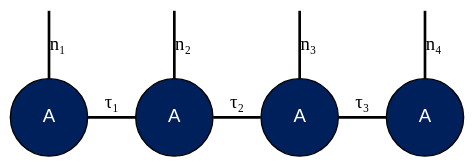
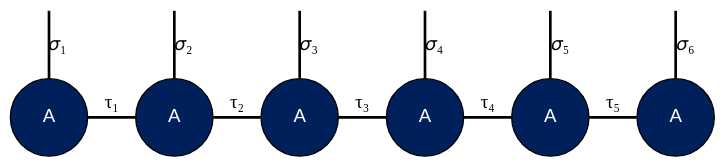
Before and after one commit to KenHino/tn-diagram: the diagram in graphviz/mps.dot, drawn with Graphviz. The commit also changed 5 other files, not shown here.

```diff
--- a/graphviz/mps.dot
+++ b/graphviz/mps.dot
@@ -1,27 +1,35 @@
 digraph MPS {
   rankdir=TD;
   bgcolor=transparent;
   node [shape=circle style=filled, width=0.8, height=0.8, fontname="Arial"];
   edge [fontname="Arial Italic", penwidth=2.0];
   A1 [label="A" fillcolor="#00205b" fontcolor="white"]; // 濃紺
   A2 [label="A" fillcolor="#00205b" fontcolor="white"]; // 濃紺
   A3 [label="A" fillcolor="#00205b" fontcolor="white"]; // 濃紺
   A4 [label="A" fillcolor="#00205b" fontcolor="white"]; // 濃紺
+  A5 [label="A" fillcolor="#00205b" fontcolor="white"]; // 濃紺
+  A6 [label="A" fillcolor="#00205b" fontcolor="white"]; // 濃紺
 
   A1_dummy [label="" width=0 style=invis];
   A2_dummy [label="" width=0 style=invis];
   A3_dummy [label="" width=0 style=invis];
   A4_dummy [label="" width=0 style=invis];
+  A5_dummy [label="" width=0 style=invis];
+  A6_dummy [label="" width=0 style=invis];
 
-  A1_dummy -> A1 [label="n₁" arrowhead=none];
-  A2_dummy -> A2 [label="n₂" arrowhead=none];
-  A3_dummy -> A3 [label="n₃" arrowhead=none];
-  A4_dummy -> A4 [label="n₄" arrowhead=none];
+  A1_dummy -> A1 [label="𝜎₁" arrowhead=none];
+  A2_dummy -> A2 [label="𝜎₂" arrowhead=none];
+  A3_dummy -> A3 [label="𝜎₃" arrowhead=none];
+  A4_dummy -> A4 [label="𝜎₄" arrowhead=none];
+  A5_dummy -> A5 [label="𝜎₅" arrowhead=none];
+  A6_dummy -> A6 [label="𝜎₆" arrowhead=none];
 
   A1 -> A2 [label="τ₁" arrowhead=none];
   A2 -> A3 [label="τ₂" arrowhead=none];
   A3 -> A4 [label="τ₃" arrowhead=none];
+  A4 -> A5 [label="τ₄" arrowhead=none];
+  A5 -> A6 [label="τ₅" arrowhead=none];
 
-  {rank=same; A1_dummy; A2_dummy; A3_dummy; A4_dummy;}
-  {rank=same; A1; A2; A3; A4;}
+  {rank=same; A1_dummy; A2_dummy; A3_dummy; A4_dummy;  A5_dummy; A6_dummy;}
+  {rank=same; A1; A2; A3; A4; A5; A6;}
 }
```
